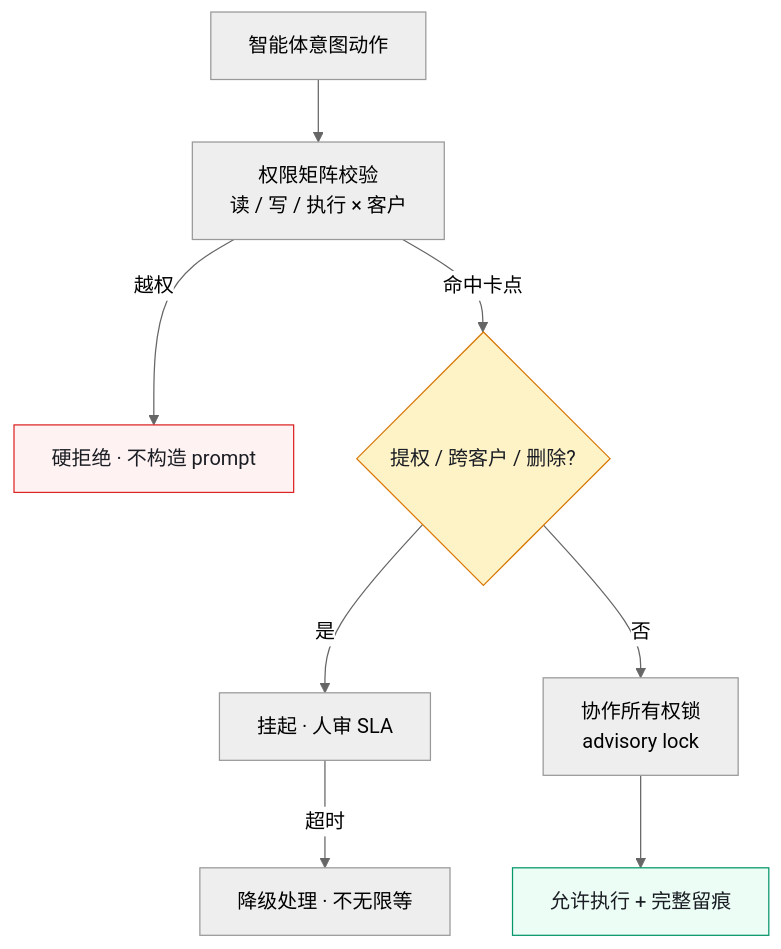
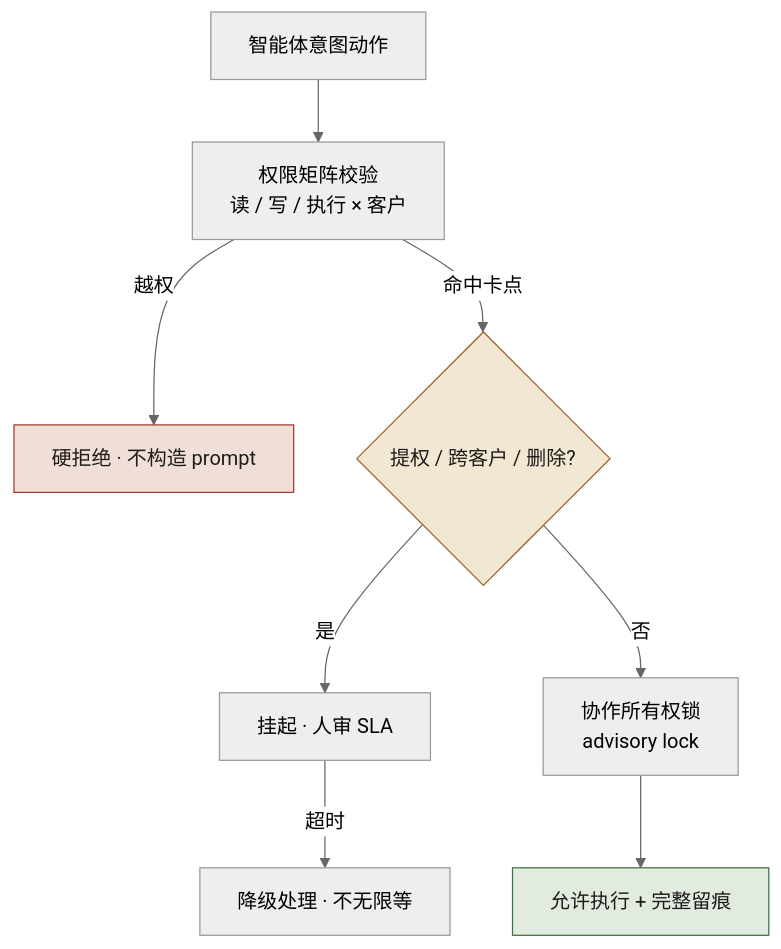
The third of 3 diagrams in docs/manuscript/ch37-案例四-守夜人科技.md (funny8kids/AI_Native_Software_Engineering), drawn with Mermaid (neutral theme) before and after one commit. The commit also changed other lines of this file and 81 other files, not shown here.

````diff
--- a/docs/manuscript/ch37-案例四-守夜人科技.md
+++ b/docs/manuscript/ch37-案例四-守夜人科技.md
@@ -217,13 +217,13 @@
 ```mermaid
 flowchart TB
   AGENT[智能体意图动作] --> PERM[权限矩阵校验<br/>读 / 写 / 执行 × 客户]
   PERM -->|越权| DENY[硬拒绝 · 不构造 prompt]
   PERM -->|命中卡点| HITL{提权 / 跨客户 / 删除?}
   HITL -->|是| WAIT[挂起 · 人审 SLA]
   HITL -->|否| OWN[协作所有权锁<br/>advisory lock]
   OWN --> EXEC[允许执行 + 完整留痕]
   WAIT -->|超时| DEGRADE[降级处理 · 不无限等]
-  style DENY fill:#fef2f2,stroke:#dc2626,color:#1a1d23
-  style HITL fill:#fef3c7,stroke:#d97706,color:#1a1d23
-  style EXEC fill:#ecfdf5,stroke:#059669,color:#1a1d23
+  style DENY fill:#f0dfd9,stroke:#a03b31,color:#1e1c19
+  style HITL fill:#f2e7d3,stroke:#9d6127,color:#1e1c19
+  style EXEC fill:#e2ebdf,stroke:#3e7247,color:#1e1c19
 ```
````
